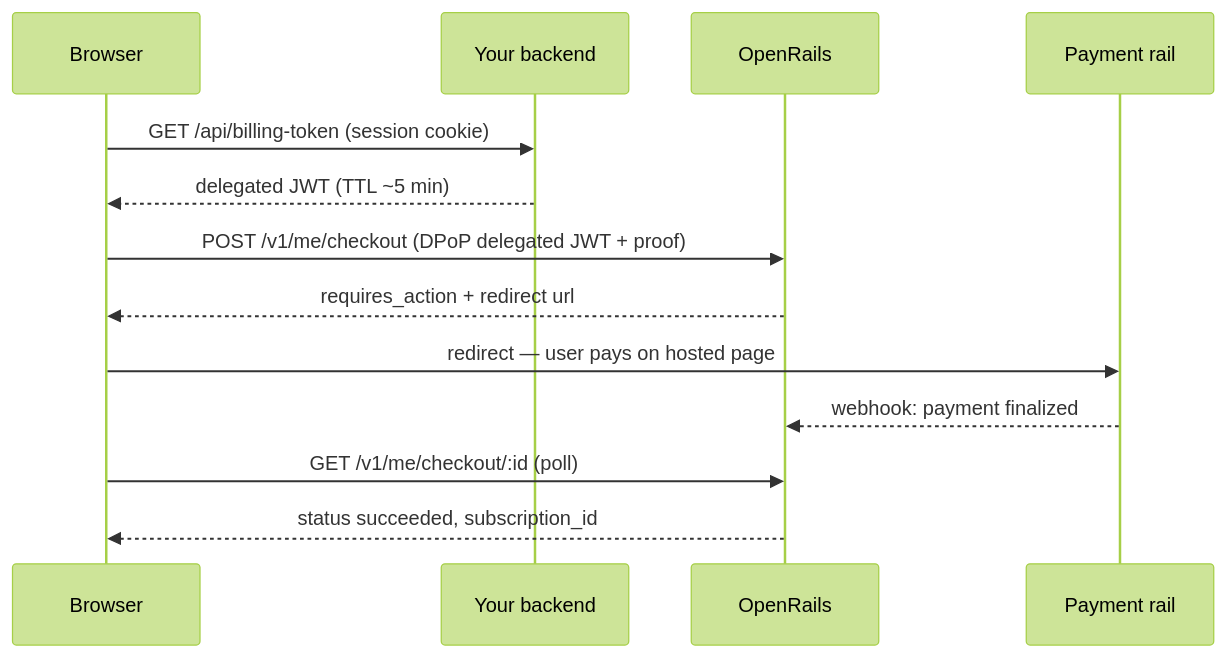
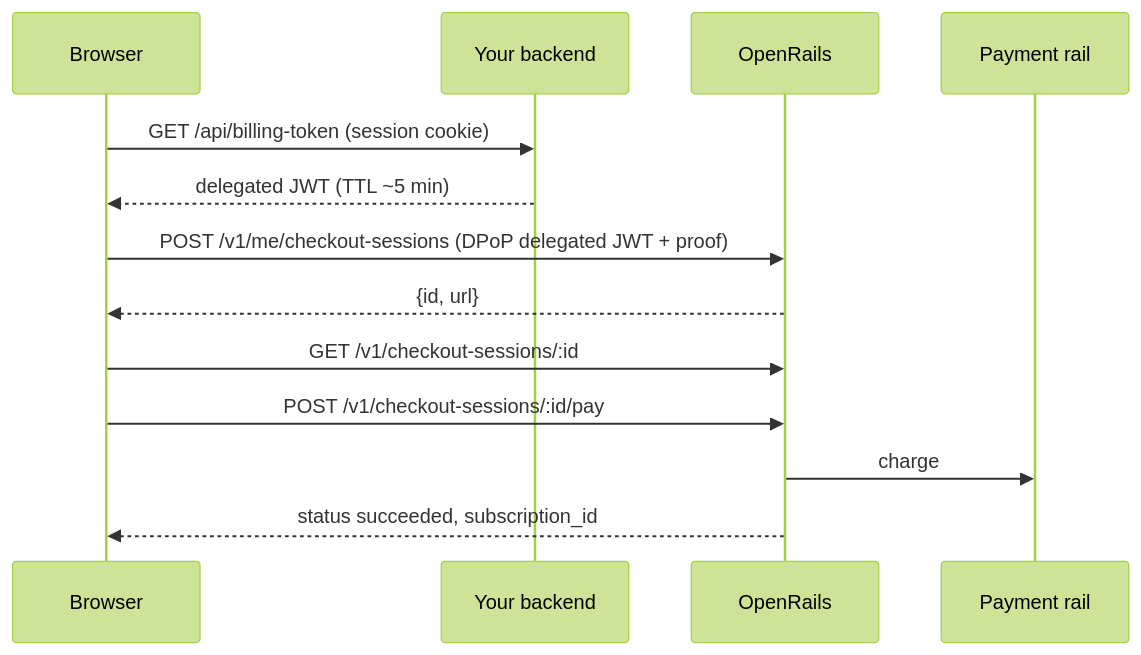
The diagram in docs/frontend-integration.md (open-rails/openrails), drawn with Mermaid (forest theme) before and after one commit. The commit also changed other lines of this file and 269 other files, not shown here.

First line of the commit message:
v1 L2 checkout: checkout sessions for browsers, checkout attempts for merchants (#1130)

````diff
--- a/docs/frontend-integration.md
+++ b/docs/frontend-integration.md
@@ -281,15 +229,15 @@
 ```mermaid
 sequenceDiagram
     participant B as Browser
     participant Y as Your backend
     participant O as OpenRails
     participant P as Payment rail
     B->>Y: GET /api/billing-token (session cookie)
     Y-->>B: delegated JWT (TTL ~5 min)
-    B->>O: POST /v1/me/checkout (DPoP delegated JWT + proof)
-    O-->>B: requires_action + redirect url
-    B->>P: redirect — user pays on hosted page
-    P-->>O: webhook: payment finalized
-    B->>O: GET /v1/me/checkout/:id (poll)
+    B->>O: POST /v1/me/checkout-sessions (DPoP delegated JWT + proof)
+    O-->>B: {id, url}
+    B->>O: GET /v1/checkout-sessions/:id
+    B->>O: POST /v1/checkout-sessions/:id/pay
+    O->>P: charge
     O-->>B: status succeeded, subscription_id
 ```
````
